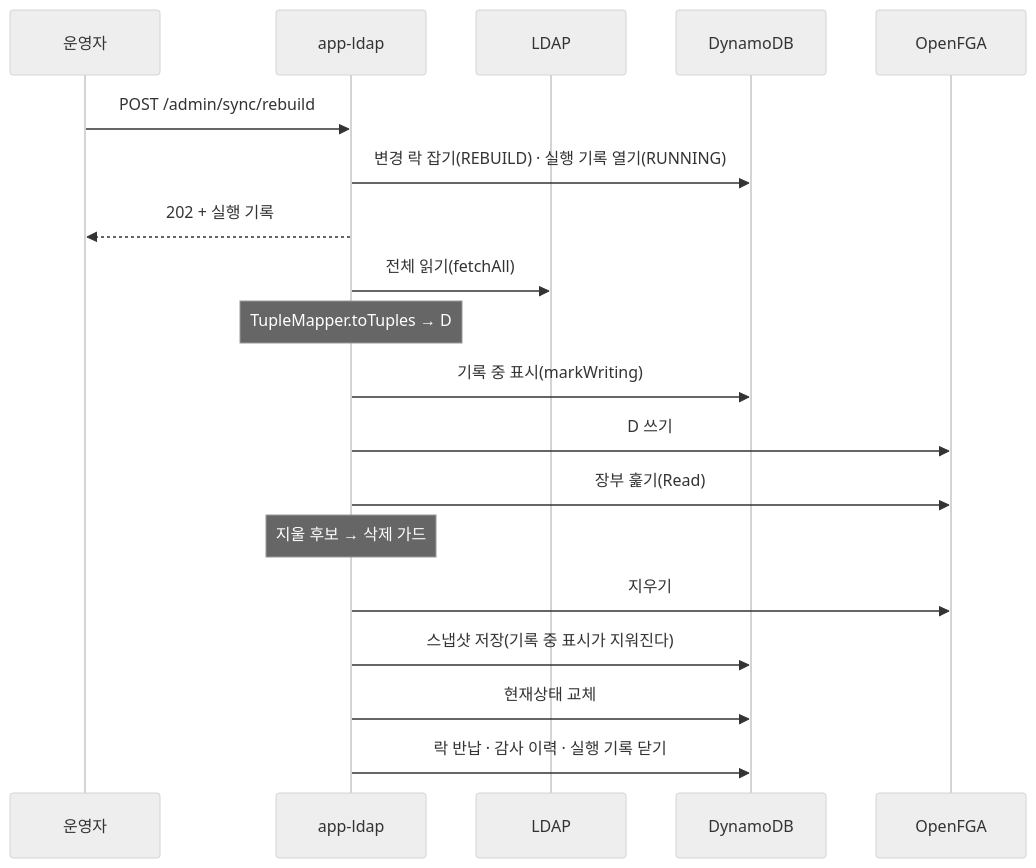
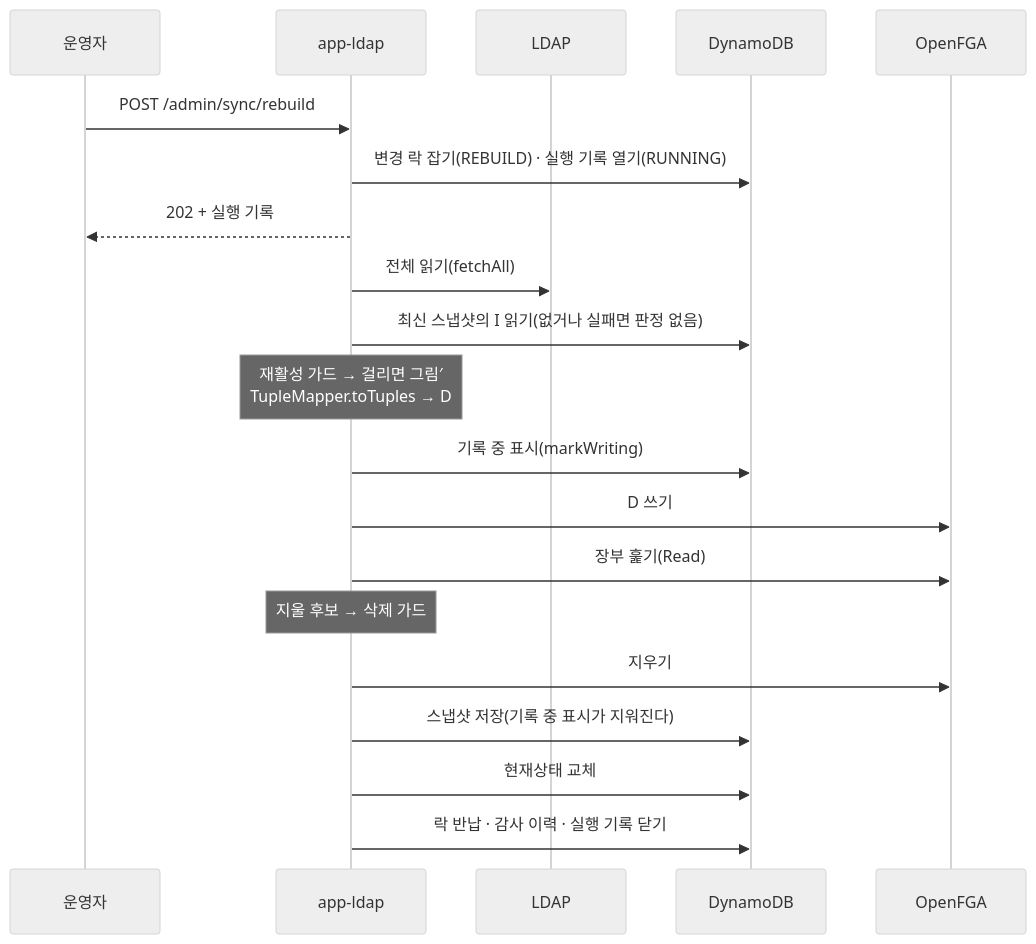
Before and after one commit to starryeye/organization: the second of 3 diagrams in docs/onboarding/07-재적재-초기화-아카이빙.md, drawn with Mermaid (neutral theme). The commit also changed other lines of this file and 15 other files, not shown here.

````diff
--- a/docs/onboarding/07-재적재-초기화-아카이빙.md
+++ b/docs/onboarding/07-재적재-초기화-아카이빙.md
@@ -158,22 +158,23 @@
 ```mermaid
 sequenceDiagram
     participant Ops as 운영자
     participant App as app-ldap
     participant LDAP
     participant DDB as DynamoDB
     participant FGA as OpenFGA
 
     Ops->>App: POST /admin/sync/rebuild
     App->>DDB: 변경 락 잡기(REBUILD) · 실행 기록 열기(RUNNING)
     App-->>Ops: 202 + 실행 기록
     App->>LDAP: 전체 읽기(fetchAll)
-    Note over App: TupleMapper.toTuples → D
+    App->>DDB: 최신 스냅샷의 I 읽기(없거나 실패면 판정 없음)
+    Note over App: 재활성 가드 → 걸리면 그림′<br/>TupleMapper.toTuples → D
     App->>DDB: 기록 중 표시(markWriting)
     App->>FGA: D 쓰기
     App->>FGA: 장부 훑기(Read)
     Note over App: 지울 후보 → 삭제 가드
     App->>FGA: 지우기
     App->>DDB: 스냅샷 저장(기록 중 표시가 지워진다)
     App->>DDB: 현재상태 교체
     App->>DDB: 락 반납 · 감사 이력 · 실행 기록 닫기
 ```
````
